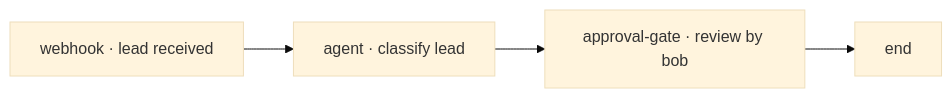
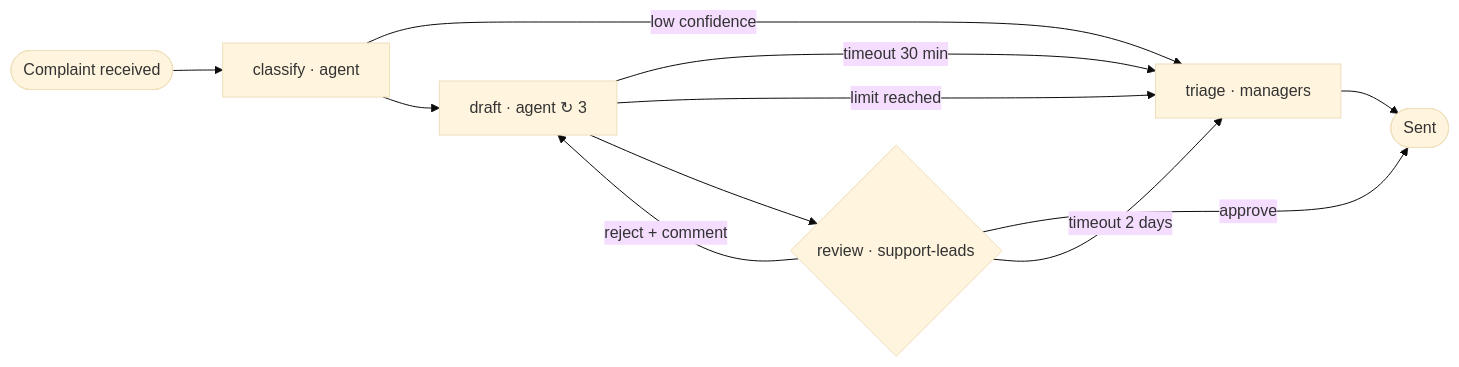
Before and after one commit to bashizip/abada-platform: the diagram in documentation/src/content/docs/user/first-workflow.mdx, drawn with Mermaid (base theme). The commit also changed other lines of this file and 43 other files, not shown here.

````diff
--- a/documentation/src/content/docs/user/first-workflow.mdx
+++ b/documentation/src/content/docs/user/first-workflow.mdx
@@ -38,6 +352,13 @@
 ```mermaid
 flowchart LR
-    A[webhook · lead received] --> B[agent · classify lead]
-    B --> C[approval-gate · review by bob]
-    C --> D[end]
+    S([Complaint received]) --> C[classify · agent]
+    C -->|low confidence| T[triage · managers]
+    C --> D[draft · agent ↻ 3]
+    D -->|timeout 30 min| T
+    D -->|limit reached| T
+    D --> R{review · support-leads}
+    R -->|approve| E([Sent])
+    R -->|reject + comment| D
+    R -->|timeout 2 days| T
+    T --> E
 ```
````
